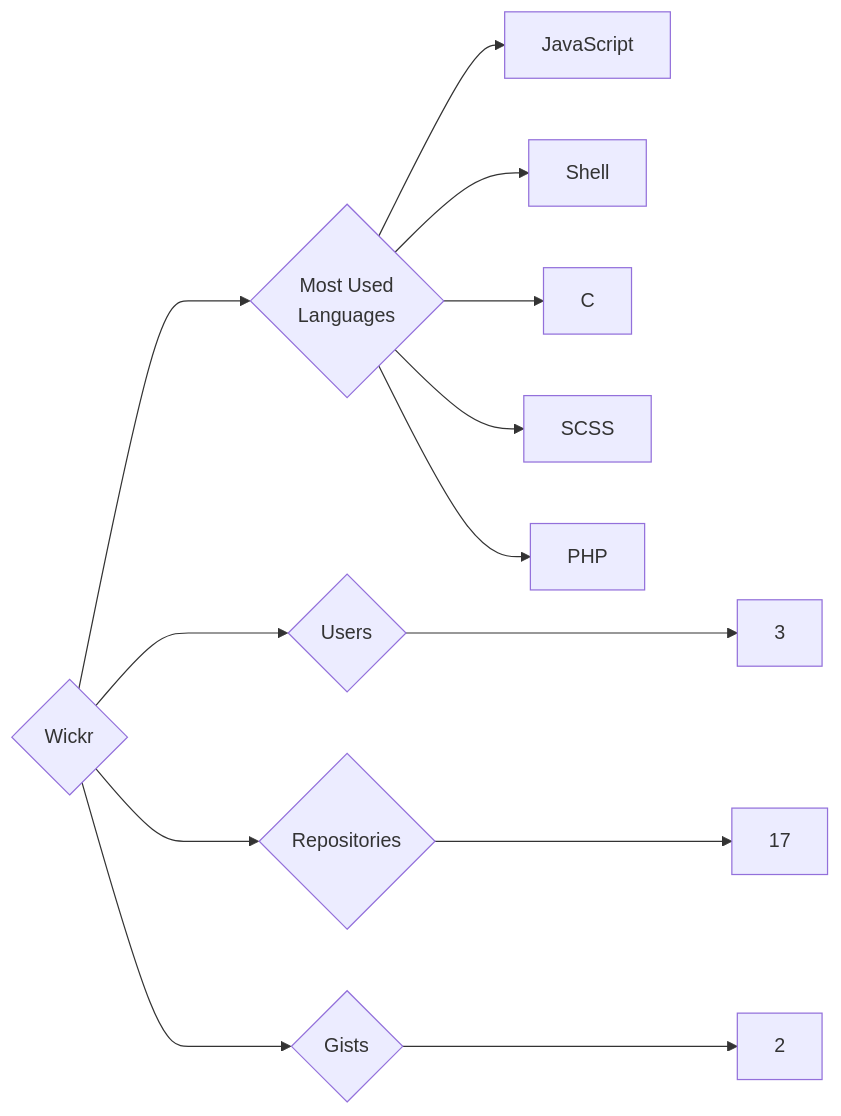
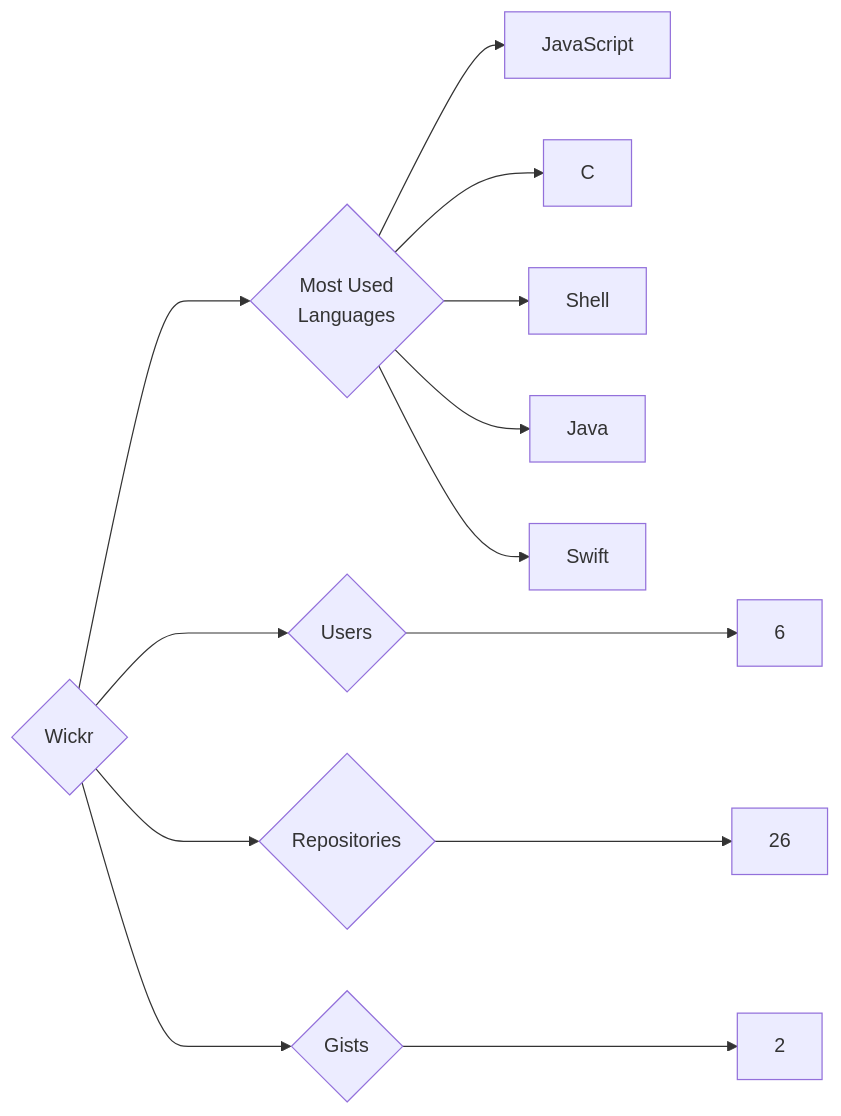
Before and after one commit to trickest/insiders: the diagram in targets/Wickr/README.md, drawn with Mermaid. The commit also changed 1508 other files, not shown here.

````diff
--- a/targets/Wickr/README.md
+++ b/targets/Wickr/README.md
@@ -3,13 +3,13 @@
 ```mermaid
 graph LR
 COMPANY_NAME{Wickr}
-COMPANY_NAME ---> U{Users} ---> UN[3]
-COMPANY_NAME ---> R{Repositories} ---> RN[17]
+COMPANY_NAME ---> U{Users} ---> UN[6]
+COMPANY_NAME ---> R{Repositories} ---> RN[26]
 COMPANY_NAME ---> G{Gists} ---> GN[2]
 COMPANY_NAME ---> ML{Most Used<br>Languages}
 ML --> JavaScript[JavaScript]
+ML --> C[C]
 ML --> Shell[Shell]
-ML --> C[C]
-ML --> SCSS[SCSS]
-ML --> PHP[PHP]
+ML --> Java[Java]
+ML --> Swift[Swift]
 ```
````
